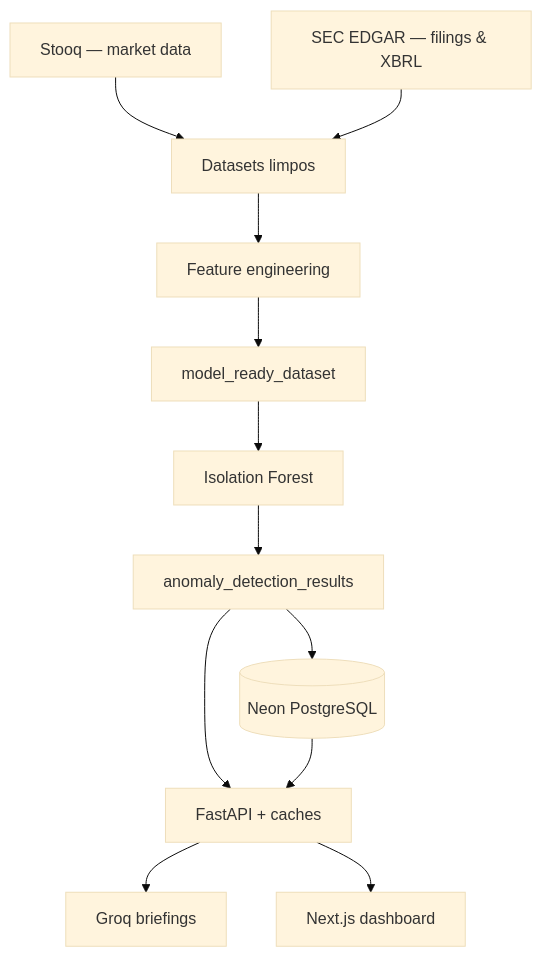
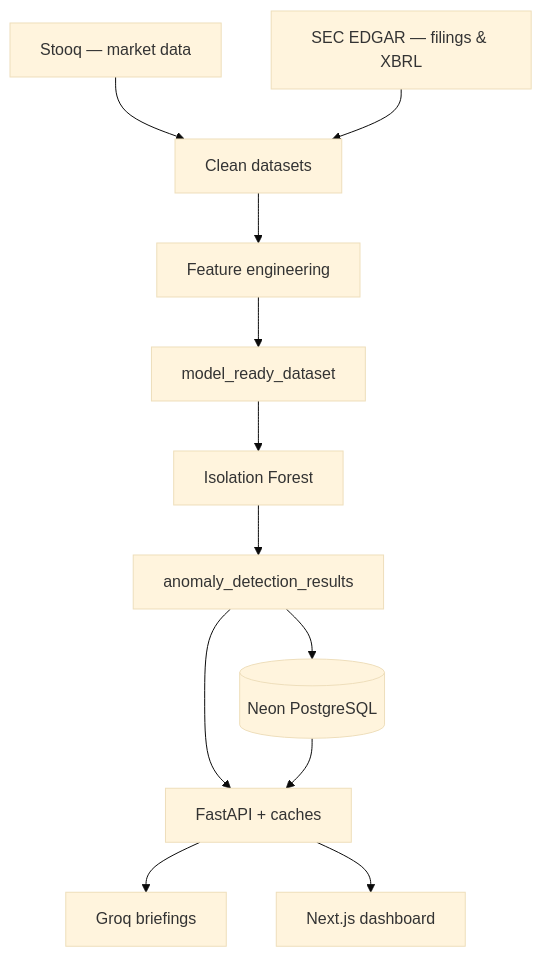
One commit to sidnei-almeida/corporate-signal-intelligence changed the first of 2 diagrams in README.md. Above: the diagram before and after it, drawn with Mermaid (base theme). The commit also changed other lines of this file, not shown here.

````diff
--- a/README.md
+++ b/README.md
@@ -47,23 +47,23 @@
 ```mermaid
 flowchart TB
   STOOQ[Stooq — market data]
   SEC[SEC EDGAR — filings & XBRL]
-  CLEAN[Datasets limpos]
+  CLEAN[Clean datasets]
   FEAT[Feature engineering]
   READY[model_ready_dataset]
   IF[Isolation Forest]
   RES[anomaly_detection_results]
   API[FastAPI + caches]
   GROQ[Groq briefings]
   DASH[Next.js dashboard]
   NEON[(Neon PostgreSQL)]
 
   STOOQ --> CLEAN
   SEC --> CLEAN
   CLEAN --> FEAT --> READY --> IF --> RES
   RES --> API
   RES --> NEON
   NEON --> API
   API --> GROQ
   API --> DASH
 ```
````
